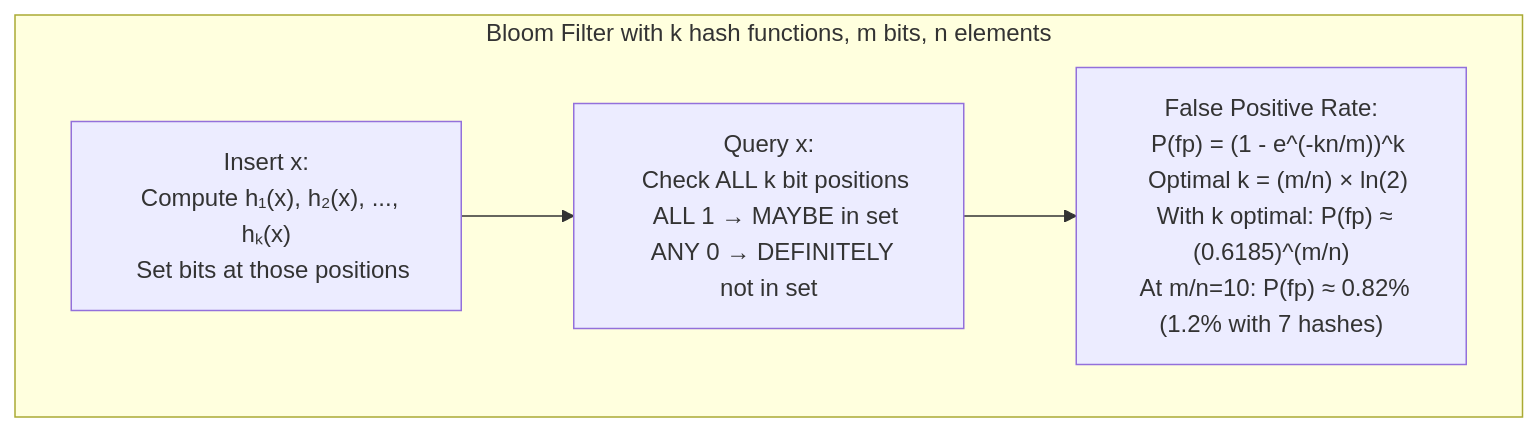
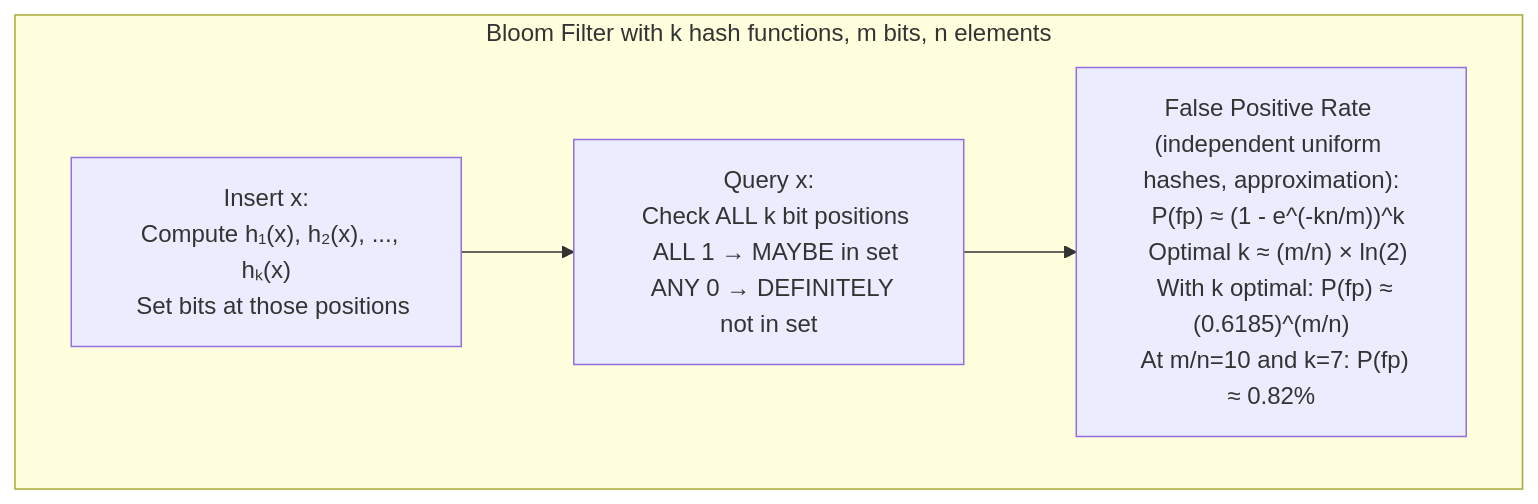
One commit to choisimo/document changed diagram 12 of 17 in content/docs/books/cs-reference/algorithms-cs-reference.md. Above: the diagram before and after it, drawn with Mermaid. The commit also changed other lines of this file and 504 other files, not shown here.

````diff
--- a/content/docs/books/cs-reference/algorithms-cs-reference.md
+++ b/content/docs/books/cs-reference/algorithms-cs-reference.md
@@ -181,9 +183,9 @@
 ```mermaid
 flowchart TD
     subgraph "Bloom Filter with k hash functions, m bits, n elements"
         INSERT["Insert x:\n  Compute h₁(x), h₂(x), ..., hₖ(x)\n  Set bits at those positions"]
         QUERY["Query x:\n  Check ALL k bit positions\n  ALL 1 → MAYBE in set\n  ANY 0 → DEFINITELY not in set"]
-        FPR["False Positive Rate:\n  P(fp) = (1 - e^(-kn/m))^k\n  Optimal k = (m/n) × ln(2)\n  With k optimal: P(fp) ≈ (0.6185)^(m/n)\n  At m/n=10: P(fp) ≈ 0.82% (1.2% with 7 hashes)"]
+        FPR["False Positive Rate (independent uniform hashes, approximation):\n  P(fp) ≈ (1 - e^(-kn/m))^k\n  Optimal k ≈ (m/n) × ln(2)\n  With k optimal: P(fp) ≈ (0.6185)^(m/n)\n  At m/n=10 and k=7: P(fp) ≈ 0.82%"]
         INSERT --> QUERY --> FPR
     end
 ```
````
